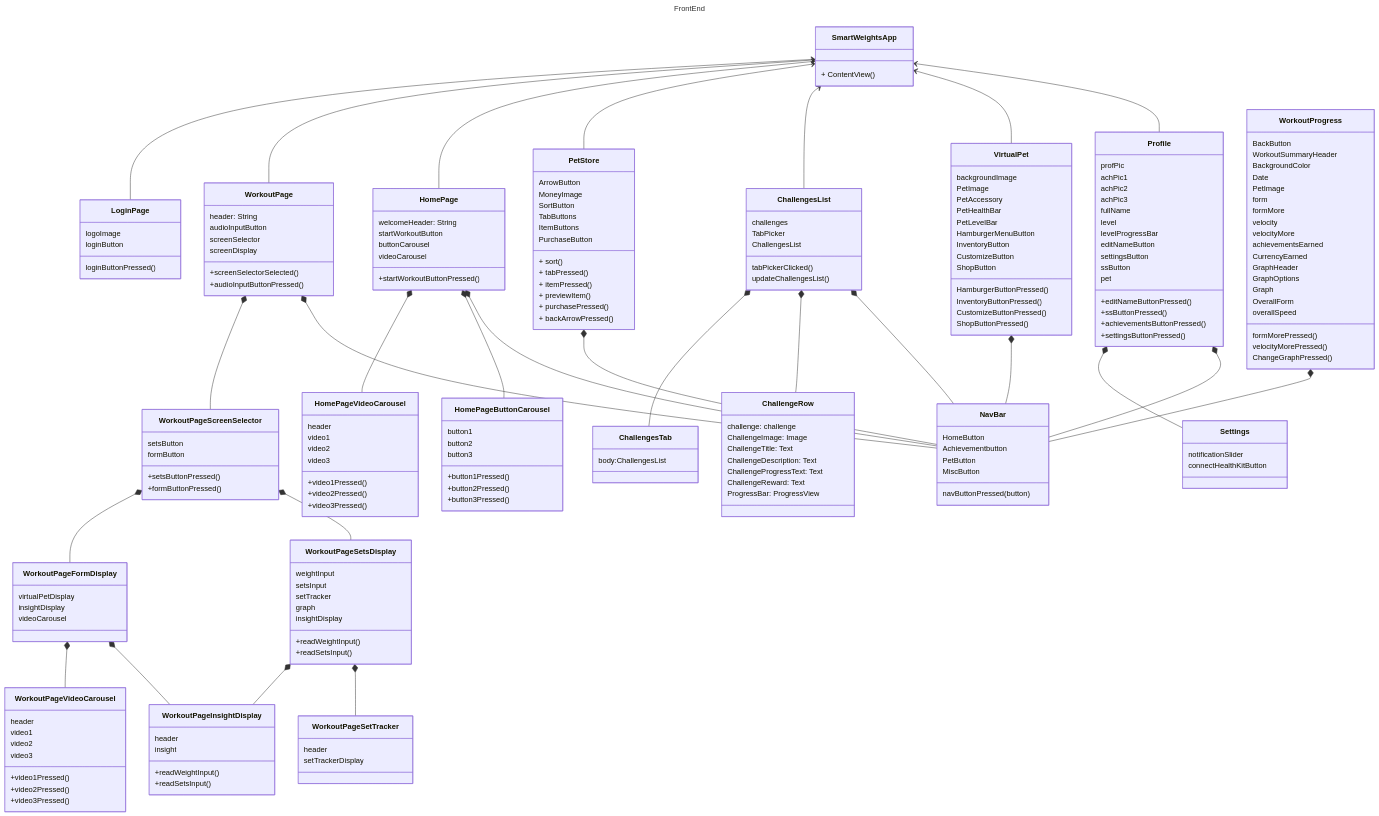
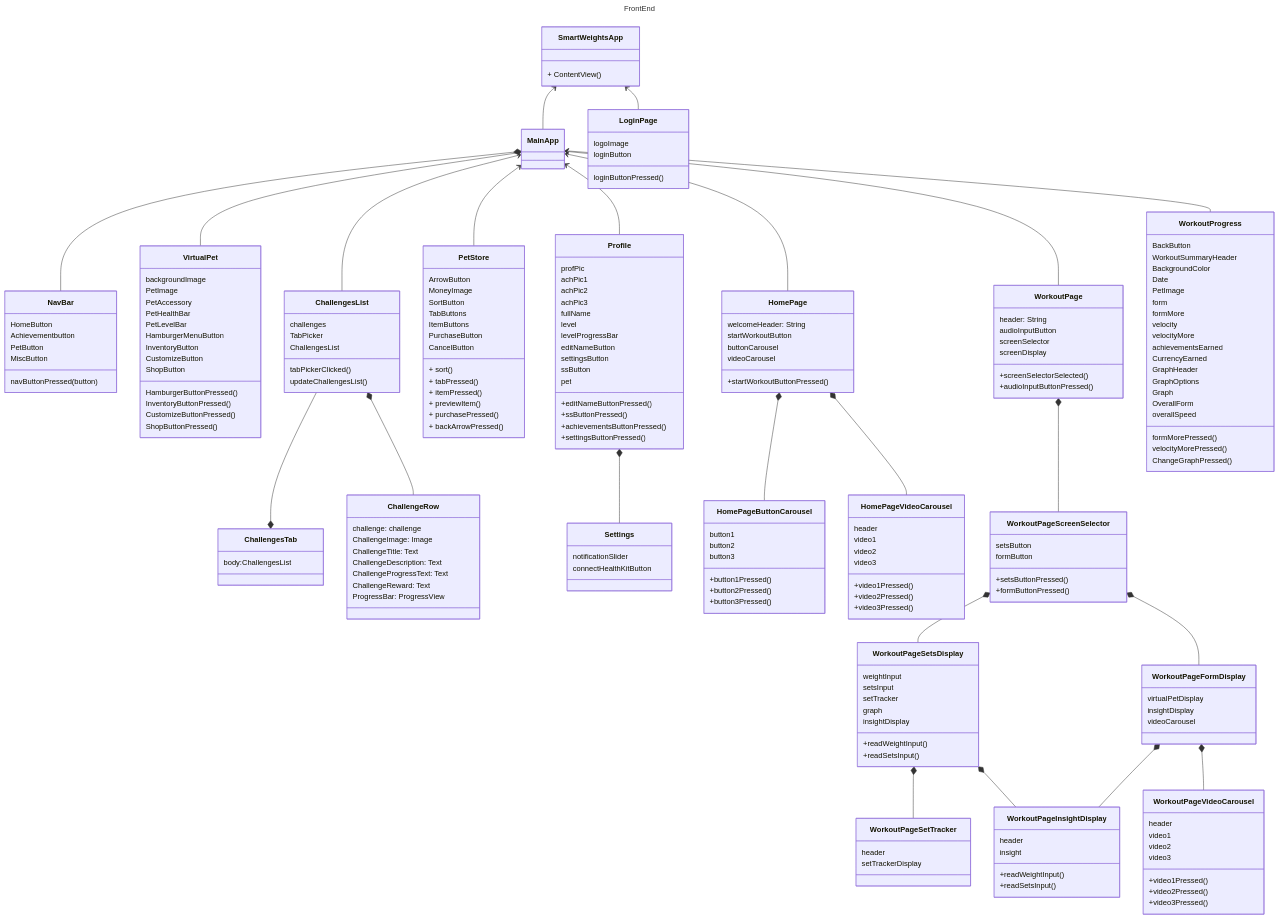
The first of 2 diagrams in documentation/docs/system-architecture/class-diagram.md (Capstone-Projects-2024-Spring/project-smartweights), drawn with Mermaid before and after one commit. The commit also changed other lines of this file, not shown here.

First line of the commit message:
Update class-diagram.md

````diff
--- a/documentation/docs/system-architecture/class-diagram.md
+++ b/documentation/docs/system-architecture/class-diagram.md
@@ -16,12 +12,21 @@
    class SmartWeightsApp{
     + ContentView()
    }
+   class MainApp{
+
+   }
    class LoginPage{
     logoImage
     loginButton
     loginButtonPressed()
    }
-   
+    class NavBar{
+    HomeButton
+    Achievementbutton
+    PetButton
+    MiscButton
+    navButtonPressed(button)
+   }
    class VirtualPet{
     backgroundImage
     PetImage
@@ -64,7 +69,7 @@
     TabButtons
     ItemButtons
     PurchaseButton
-    %% CancelButton
+    CancelButton
     + sort()
     + tabPressed()
     + itemPressed()
@@ -149,7 +154,6 @@
         insightDisplay
         videoCarousel
     }
-    
     class WorkoutPageSetTracker{
         header
         setTrackerDisplay
@@ -170,13 +174,6 @@
         +video3Pressed()
 
     }
-     class NavBar{
-    HomeButton
-    Achievementbutton
-    PetButton
-    MiscButton
-    navButtonPressed(button)
-   }
     class WorkoutProgress{
         BackButton
         WorkoutSummaryHeader
@@ -199,33 +196,24 @@
         ChangeGraphPressed()
 
     }
-    
-  
+   
+    SmartWeightsApp <-- LoginPage
+    SmartWeightsApp <-- MainApp
+    %% SmartWeightsApp <-- Profile
+    %% SmartWeightsApp <-- VirtualPet
+    %% SmartWeightsApp <-- ChallengesList
+    %% SmartWeightsApp <-- PetStore
+    %% SmartWeightsApp <-- HomePage
+    %% SmartWeightsApp <-- WorkoutPage
+    MainApp *-- NavBar
+    MainApp <-- Profile
+    MainApp <-- VirtualPet
+    MainApp <-- ChallengesList
+    MainApp <-- PetStore
+    MainApp <-- HomePage
+    MainApp <-- WorkoutPage
+    MainApp <-- WorkoutProgress
 
-    SmartWeightsApp <-- Profile
-    SmartWeightsApp <-- VirtualPet
-    SmartWeightsApp <-- ChallengesList
-    SmartWeightsApp <-- PetStore
-    SmartWeightsApp <-- HomePage
-    SmartWeightsApp <-- WorkoutPage
-     
-    SmartWeightsApp <-- LoginPage
-    %% MainApp *-- NavBar
-    
-    %% NavBar --* Profile
-    %% NavBar --* VirtualPet
-    %% NavBar --* ChallengesList
-    %% NavBar --* PetStore
-    %% NavBar --* HomePage
-    %% NavBar --* WorkoutPage
-    %% NavBar --* WorkoutProgress
-        Profile *-- NavBar
-        VirtualPet *-- NavBar
-        ChallengesList *-- NavBar
-        PetStore *-- NavBar
-        HomePage *-- NavBar
-        WorkoutPage *-- NavBar
-        WorkoutProgress *-- NavBar
     
     %% NavBar --o Profile
     %% NavBar --o VirtualPet
@@ -249,7 +237,7 @@
     
    
     ChallengesList *-- ChallengeRow
-    ChallengesList *-- ChallengesTab
-
+    ChallengesList --* ChallengesTab
+    
 
 ```
````
